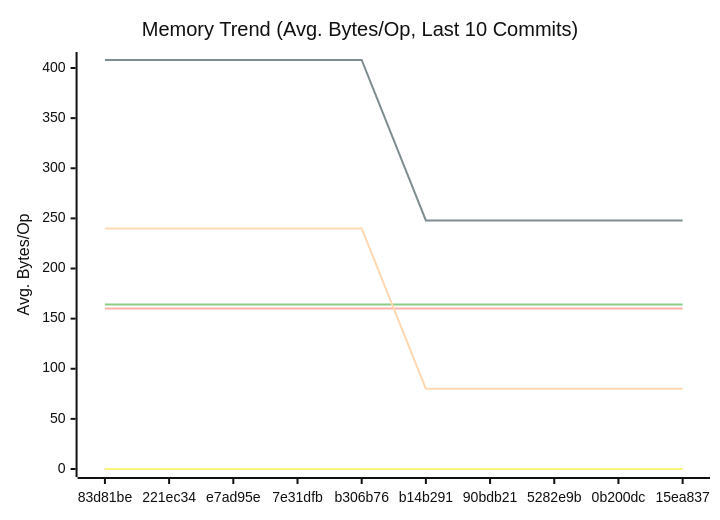
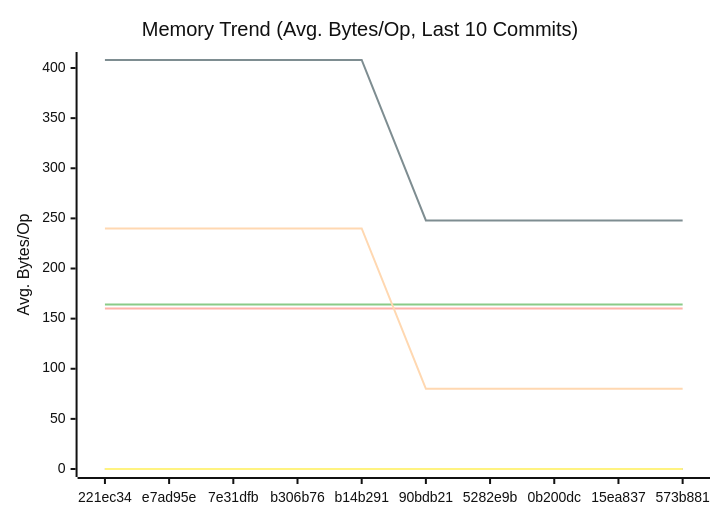
Before and after one commit to alsotoes/momo: the second of 3 diagrams in docs/PERFORMANCE.md, drawn with Mermaid (neutral theme). The commit also changed other lines of this file and 2 other files, not shown here.

````diff
--- a/docs/PERFORMANCE.md
+++ b/docs/PERFORMANCE.md
@@ -97,16 +97,16 @@
 ```mermaid
 xychart-beta
     title "Memory Trend (Avg. Bytes/Op, Last 10 Commits)"
     x-axis "Commit"
     y-axis "Avg. Bytes/Op"
-    x-axis [83d81be,221ec34,e7ad95e,7e31dfb,b306b76,b14b291,90bdb21,5282e9b,0b200dc,15ea837]
+    x-axis [221ec34,e7ad95e,7e31dfb,b306b76,b14b291,90bdb21,5282e9b,0b200dc,15ea837,573b881]
     line "CheckMetricsAndSwap" [0,0,0,0,0,0,0,0,0,0]
     line "CrushOptimized" [0,0,0,0,0,0,0,0,0,0]
     line "CrushOriginal" [164,164,164,164,164,164,164,164,164,164]
     line "IndexDirectTracking" [0,0,0,0,0,0,0,0,0,0]
     line "IndexSearch" [0,0,0,0,0,0,0,0,0,0]
     line "LoadGlobalConfig" [160,160,160,160,160,160,160,160,160,160]
     line "PadString" [0,0,0,0,0,0,0,0,0,0]
     line "ParseReplicationOrder_NoPrealloc" [408,408,408,408,408,248,248,248,248,248]
     line "ParseReplicationOrder_Prealloc" [240,240,240,240,240,80,80,80,80,80]
 ```
````
